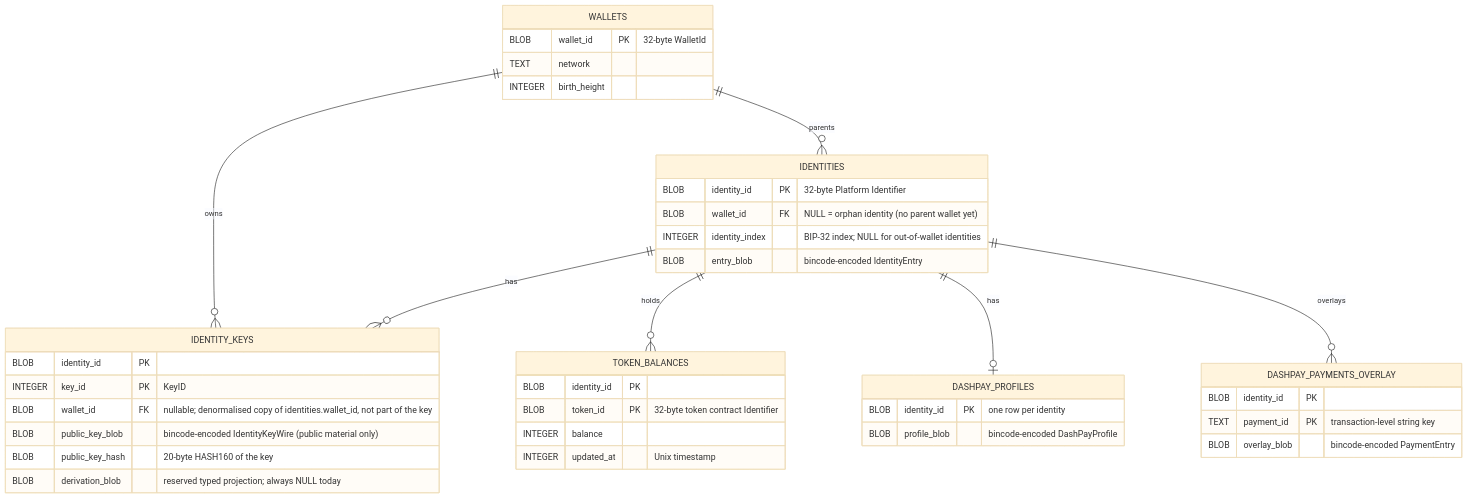
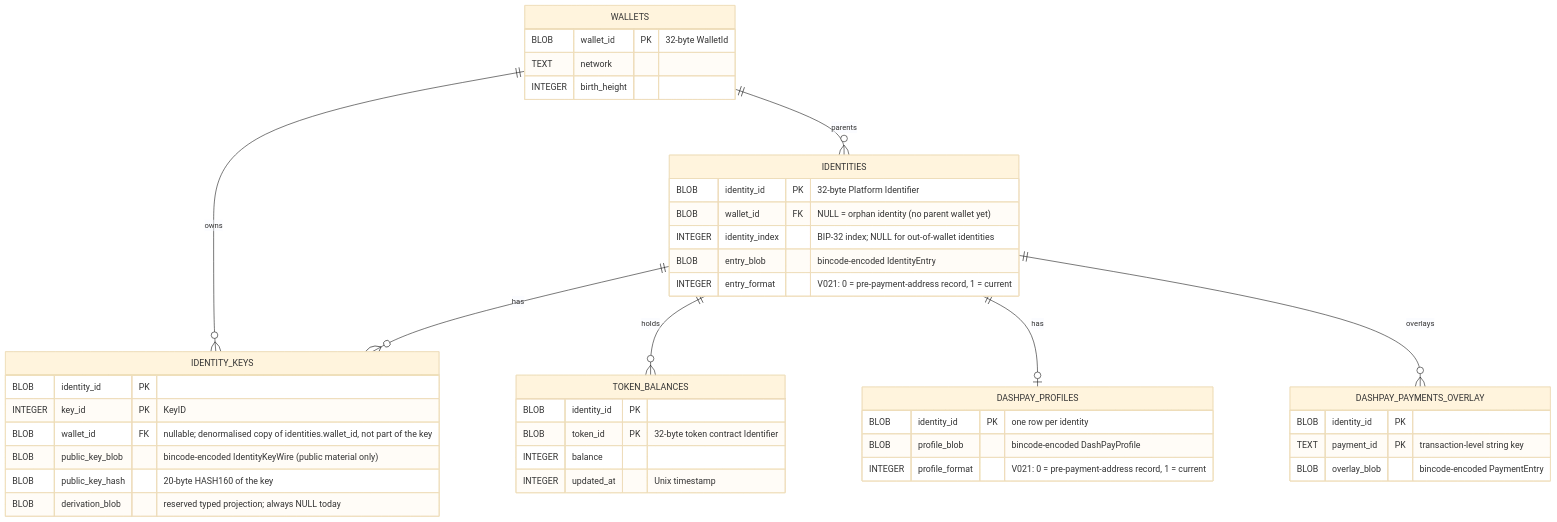
The second of 5 diagrams in packages/rs-platform-wallet-storage/SCHEMA.md (dashpay/platform), drawn with Mermaid (base theme) before and after one commit. The commit also changed other lines of this file and 112 other files, not shown here.

````diff
--- a/packages/rs-platform-wallet-storage/SCHEMA.md
+++ b/packages/rs-platform-wallet-storage/SCHEMA.md
@@ -115,49 +115,51 @@
 ```mermaid
 erDiagram
     WALLETS ||--o{ IDENTITIES : "parents"
     WALLETS ||--o{ IDENTITY_KEYS : "owns"
     IDENTITIES ||--o{ IDENTITY_KEYS : "has"
     IDENTITIES ||--o{ TOKEN_BALANCES : "holds"
     IDENTITIES ||--o| DASHPAY_PROFILES : "has"
     IDENTITIES ||--o{ DASHPAY_PAYMENTS_OVERLAY : "overlays"
 
     WALLETS {
         BLOB wallet_id PK "32-byte WalletId"
         TEXT network
         INTEGER birth_height
     }
 
     IDENTITIES {
         BLOB identity_id PK "32-byte Platform Identifier"
         BLOB wallet_id FK "NULL = orphan identity (no parent wallet yet)"
         INTEGER identity_index "BIP-32 index; NULL for out-of-wallet identities"
         BLOB entry_blob "bincode-encoded IdentityEntry"
+        INTEGER entry_format "V021: 0 = pre-payment-address record, 1 = current"
     }
 
     IDENTITY_KEYS {
         BLOB identity_id PK
         INTEGER key_id PK "KeyID"
         BLOB wallet_id FK "nullable; denormalised copy of identities.wallet_id, not part of the key"
         BLOB public_key_blob "bincode-encoded IdentityKeyWire (public material only)"
         BLOB public_key_hash "20-byte HASH160 of the key"
         BLOB derivation_blob "reserved typed projection; always NULL today"
     }
 
     TOKEN_BALANCES {
         BLOB identity_id PK
         BLOB token_id PK "32-byte token contract Identifier"
         INTEGER balance
         INTEGER updated_at "Unix timestamp"
     }
 
     DASHPAY_PROFILES {
         BLOB identity_id PK "one row per identity"
         BLOB profile_blob "bincode-encoded DashPayProfile"
+        INTEGER profile_format "V021: 0 = pre-payment-address record, 1 = current"
     }
 
     DASHPAY_PAYMENTS_OVERLAY {
         BLOB identity_id PK
         TEXT payment_id PK "transaction-level string key"
         BLOB overlay_blob "bincode-encoded PaymentEntry"
     }
 ```
````
